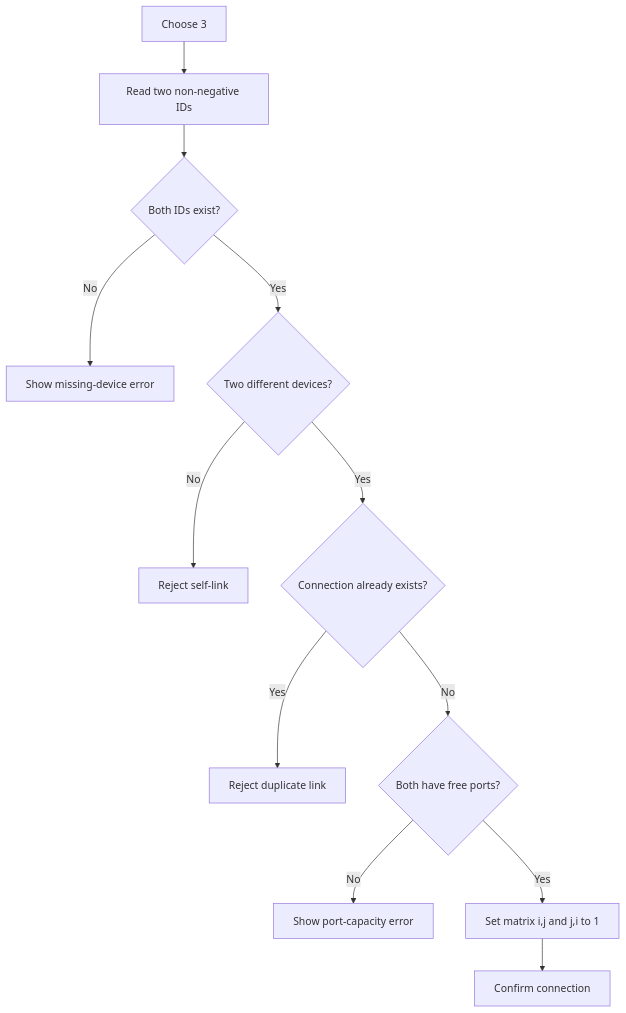
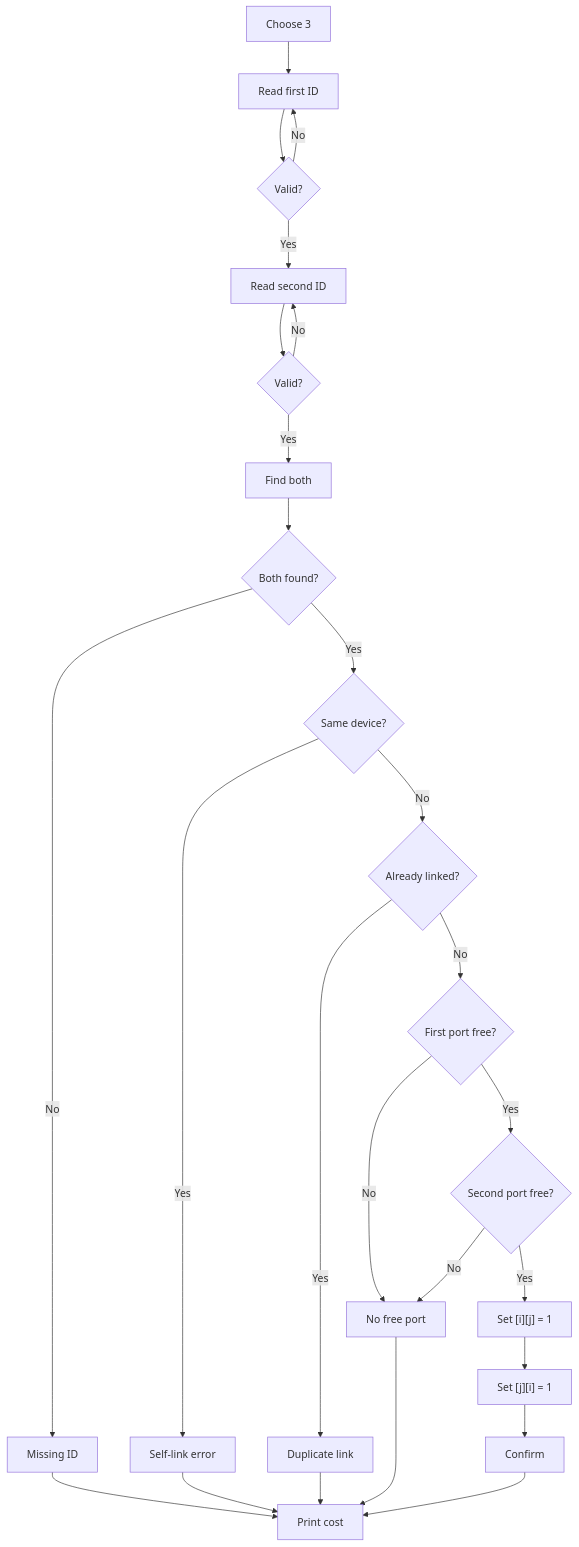
Before and after one commit to Kanechiii/nodex: the fourth of 11 diagrams in docs/WORKFLOWS.md, drawn with Mermaid. The commit also changed other lines of this file and 5 other files, not shown here.

````diff
--- a/docs/WORKFLOWS.md
+++ b/docs/WORKFLOWS.md
@@ -82,14 +89,28 @@
 ```mermaid
 flowchart TD
-    A["Choose 3"] --> B["Read two non-negative IDs"]
-    B --> C{"Both IDs exist?"}
-    C -->|"No"| X["Show missing-device error"]
-    C -->|"Yes"| D{"Two different devices?"}
-    D -->|"No"| Y["Reject self-link"]
-    D -->|"Yes"| E{"Connection already exists?"}
-    E -->|"Yes"| Z["Reject duplicate link"]
-    E -->|"No"| F{"Both have free ports?"}
-    F -->|"No"| W["Show port-capacity error"]
-    F -->|"Yes"| G["Set matrix i,j and j,i to 1"]
-    G --> H["Confirm connection"]
+    A["Choose 3"] --> B["Read first ID"]
+    B --> C{"Valid?"}
+    C -->|"No"| B
+    C -->|"Yes"| D["Read second ID"]
+    D --> E{"Valid?"}
+    E -->|"No"| D
+    E -->|"Yes"| F["Find both"]
+    F --> G{"Both found?"}
+    G -->|"No"| X["Missing ID"]
+    G -->|"Yes"| H{"Same device?"}
+    H -->|"Yes"| Y["Self-link error"]
+    H -->|"No"| I{"Already linked?"}
+    I -->|"Yes"| J["Duplicate link"]
+    I -->|"No"| K{"First port free?"}
+    K -->|"No"| L["No free port"]
+    K -->|"Yes"| M{"Second port free?"}
+    M -->|"No"| L
+    M -->|"Yes"| N["Set [i][j] = 1"]
+    N --> O["Set [j][i] = 1"]
+    O --> P["Confirm"]
+    X --> Z["Print cost"]
+    Y --> Z
+    J --> Z
+    L --> Z
+    P --> Z
 ```
````
